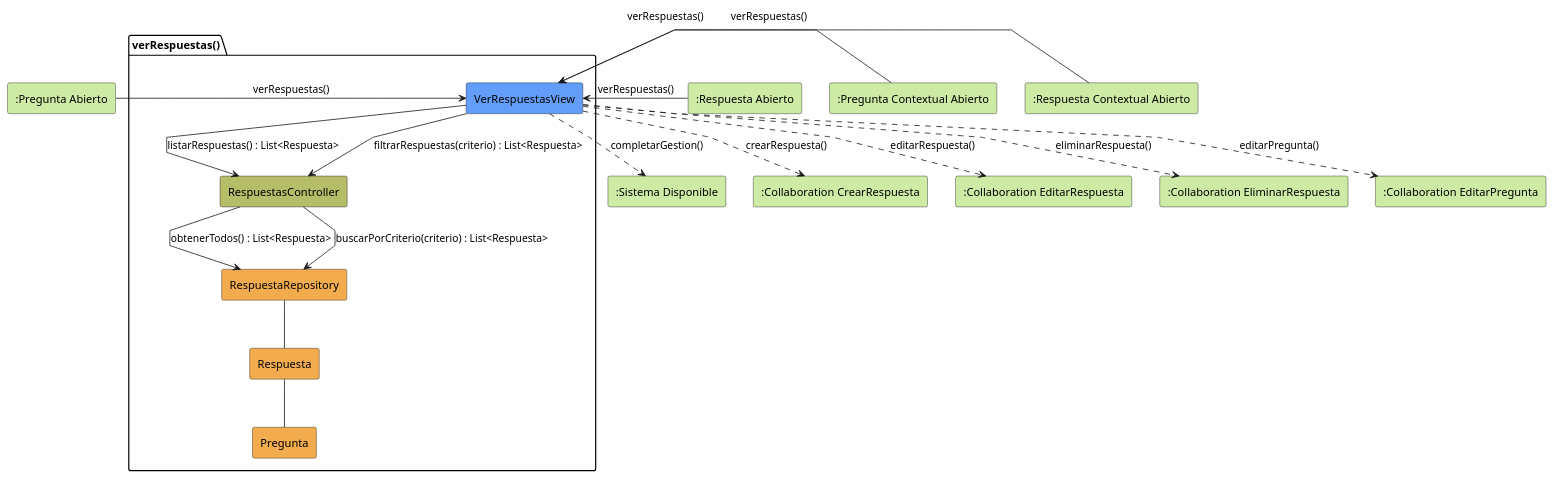
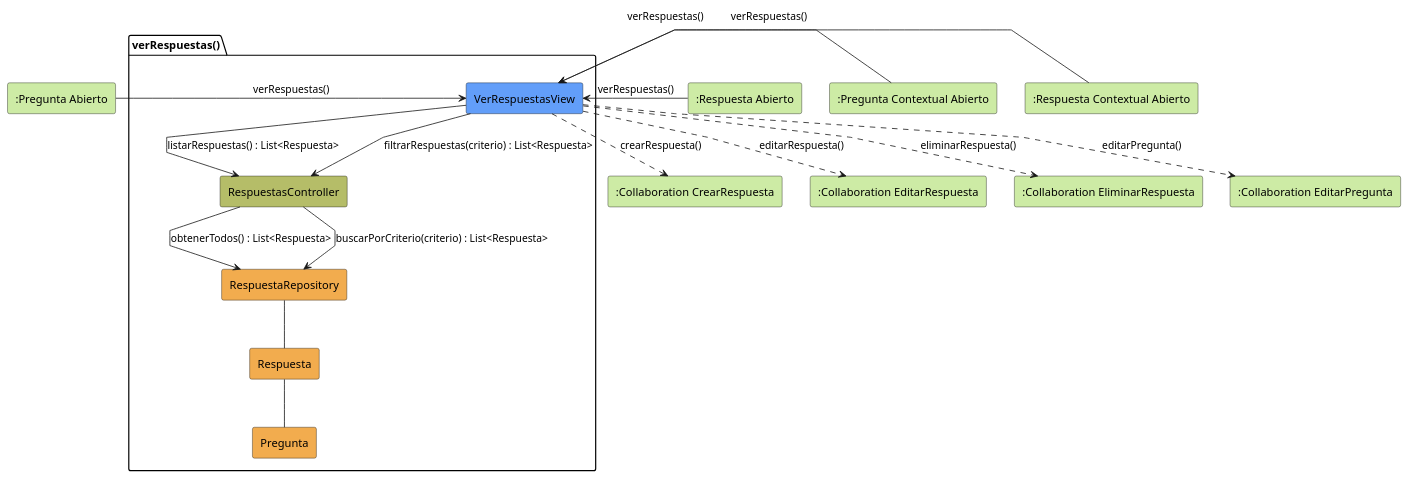
Before and after one commit to martinlopez7/25-26-idsw2-sdVC: the diagram in modelosUML/analisis/verRespuestas/colaboracion.puml, drawn with PlantUML. The commit also changed 4 other files, not shown here.

Commit message:
fix: corrección menot del análisis de verRespuestas

```diff
--- a/modelosUML/analisis/verRespuestas/colaboracion.puml
+++ b/modelosUML/analisis/verRespuestas/colaboracion.puml
@@ -1,44 +1,42 @@
 @startuml verRespuestas-analisis
 skinparam linetype polyline
 
 rectangle #CDEBA5 ":Pregunta Abierto" as PreguntaAbierto
 rectangle #CDEBA5 ":Respuesta Abierto" as RespuestaAbierto
 rectangle #CDEBA5 ":Pregunta Contextual Abierto" as PreguntaContextualAbierto
 rectangle #CDEBA5 ":Respuesta Contextual Abierto" as RespuestaContextualAbierto
 package verRespuestas as "verRespuestas()" {
     rectangle #629EF9 VerRespuestasView
     rectangle #b5bd68 RespuestasController
     rectangle #F2AC4E RespuestaRepository
     rectangle #F2AC4E Respuesta
     rectangle #F2AC4E Pregunta
 }
 
-rectangle #CDEBA5 ":Sistema Disponible" as SistemaDisponibleSalida
 rectangle #CDEBA5 ":Collaboration CrearRespuesta" as CrearRespuesta
 rectangle #CDEBA5 ":Collaboration EditarRespuesta" as EditarRespuesta
 rectangle #CDEBA5 ":Collaboration EliminarRespuesta" as EliminarRespuesta
 rectangle #CDEBA5 ":Collaboration EditarPregunta" as EditarPregunta
 
 PreguntaAbierto -r-> VerRespuestasView: verRespuestas()
 RespuestaAbierto -r-> VerRespuestasView: verRespuestas()
 PreguntaContextualAbierto -r-> VerRespuestasView: verRespuestas()
 RespuestaContextualAbierto -r-> VerRespuestasView: verRespuestas()
 
 VerRespuestasView -d-> RespuestasController: listarRespuestas() : List<Respuesta>
 
 RespuestasController --> RespuestaRepository: obtenerTodos() : List<Respuesta>
 
 RespuestaRepository -- Respuesta
 Respuesta -- Pregunta
 
 VerRespuestasView --> RespuestasController: filtrarRespuestas(criterio) : List<Respuesta>
 
 RespuestasController --> RespuestaRepository: buscarPorCriterio(criterio) : List<Respuesta>
 
-VerRespuestasView ..> SistemaDisponibleSalida: completarGestion()
 VerRespuestasView ..> CrearRespuesta: crearRespuesta()
 VerRespuestasView ..> EditarRespuesta: editarRespuesta()
 VerRespuestasView ..> EliminarRespuesta: eliminarRespuesta()
 VerRespuestasView ..> EditarPregunta: editarPregunta()
 
 @enduml
```
